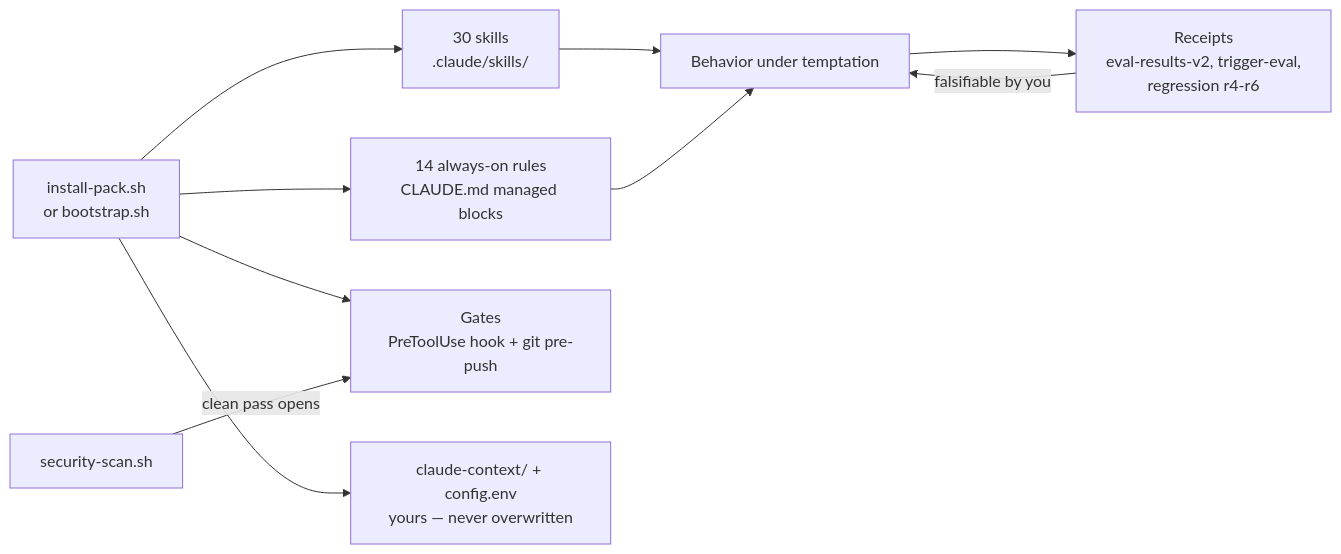
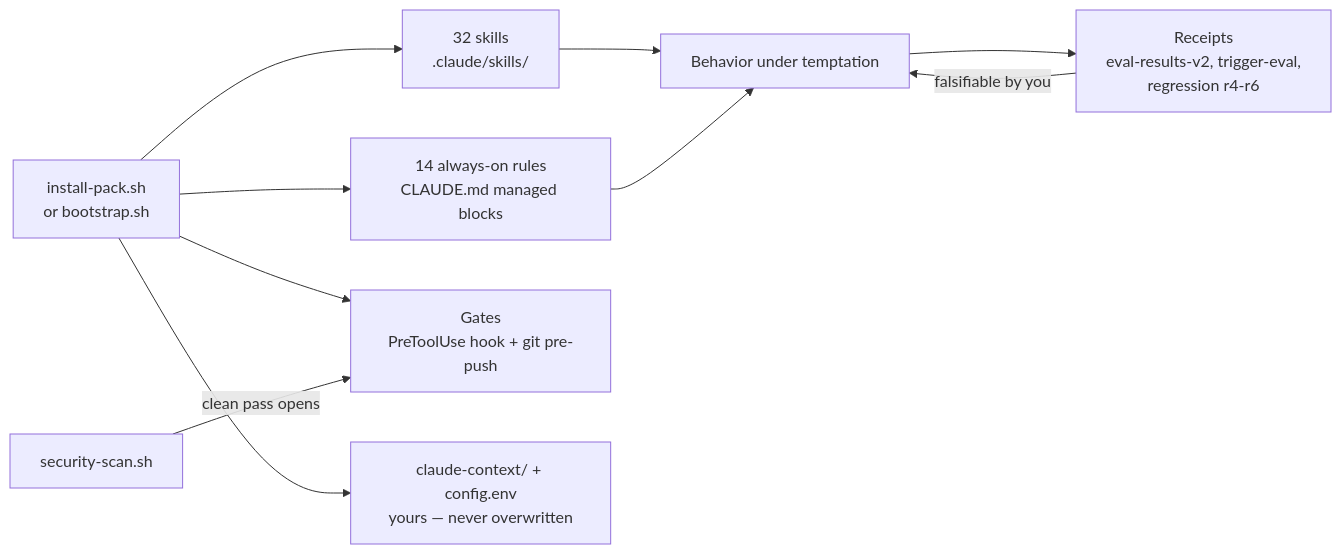
The diagram in README.md (ralfyishere/rules-with-receipts), drawn with Mermaid before and after one commit. The commit also changed other lines of this file and 14 other files, not shown here.

First line of the commit message:
Mirror pack v1.7.0: leverage-first + empirical-validation skills

````diff
--- a/README.md
+++ b/README.md
@@ -69,12 +69,12 @@
 ```mermaid
 flowchart LR
-    I[install-pack.sh<br/>or bootstrap.sh] --> S[30 skills<br/>.claude/skills/]
+    I[install-pack.sh<br/>or bootstrap.sh] --> S[32 skills<br/>.claude/skills/]
     I --> R[14 always-on rules<br/>CLAUDE.md managed blocks]
     I --> G[Gates<br/>PreToolUse hook + git pre-push]
     I --> P[claude-context/ + config.env<br/>yours — never overwritten]
     SC[security-scan.sh] -->|clean pass opens| G
     S --> B[Behavior under temptation]
     R --> B
     B --> E[Receipts<br/>eval-results-v2, trigger-eval,<br/>regression r4-r6]
     E -->|falsifiable by you| B
 ```
````
